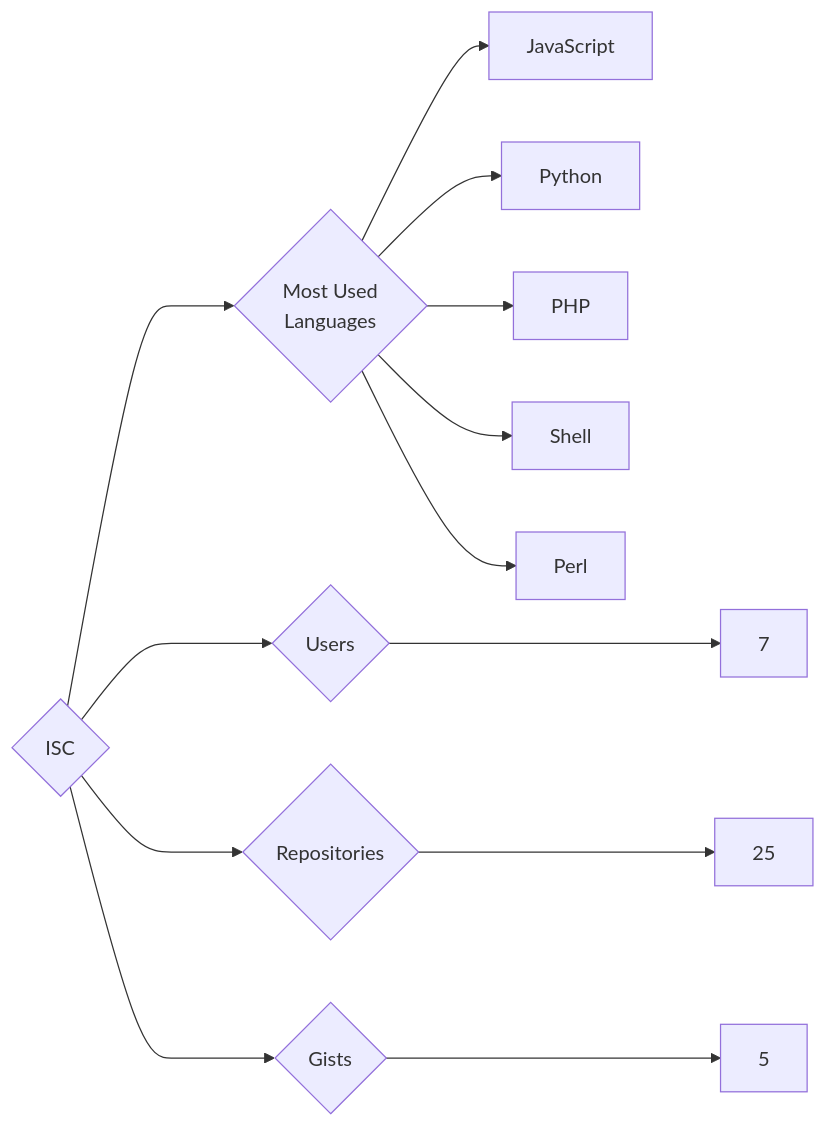
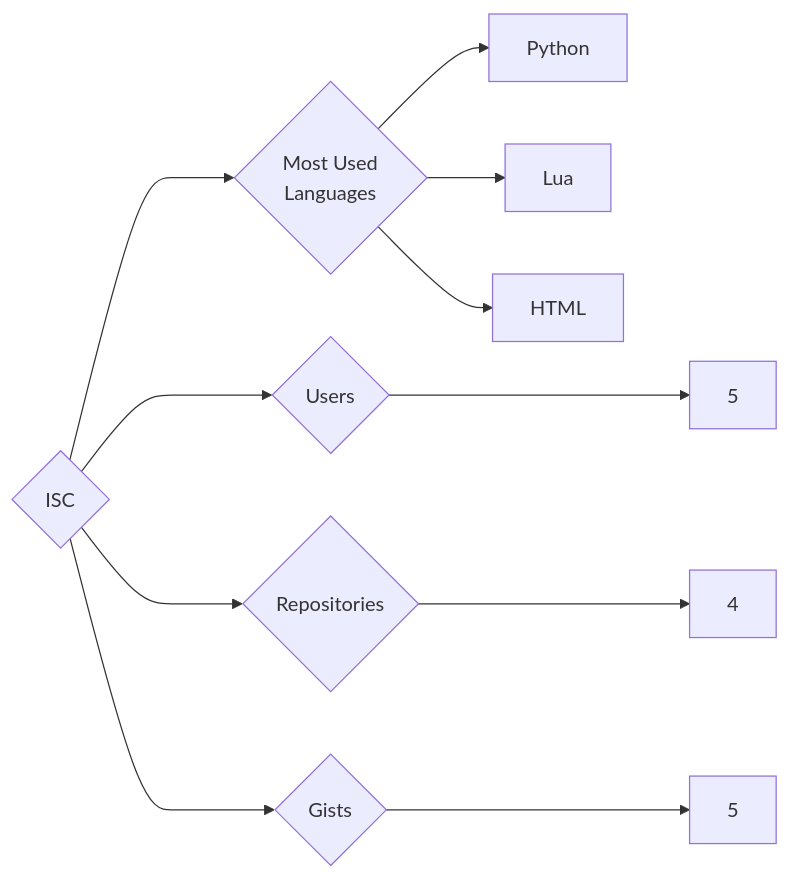
The diagram in targets/ISC/README.md (trickest/insiders), drawn with Mermaid before and after one commit. The commit also changed 809 other files, not shown here.

````diff
--- a/targets/ISC/README.md
+++ b/targets/ISC/README.md
@@ -3,13 +3,11 @@
 ```mermaid
 graph LR
 COMPANY_NAME{ISC}
-COMPANY_NAME ---> U{Users} ---> UN[7]
-COMPANY_NAME ---> R{Repositories} ---> RN[25]
+COMPANY_NAME ---> U{Users} ---> UN[5]
+COMPANY_NAME ---> R{Repositories} ---> RN[4]
 COMPANY_NAME ---> G{Gists} ---> GN[5]
 COMPANY_NAME ---> ML{Most Used<br>Languages}
-ML --> JavaScript[JavaScript]
 ML --> Python[Python]
-ML --> PHP[PHP]
-ML --> Shell[Shell]
-ML --> Perl[Perl]
+ML --> Lua[Lua]
+ML --> HTML[HTML]
 ```
````
